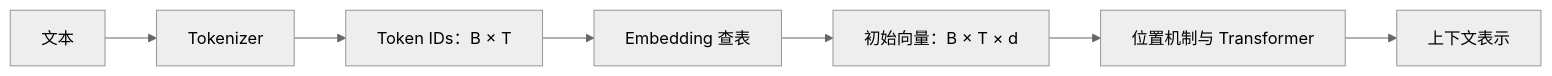
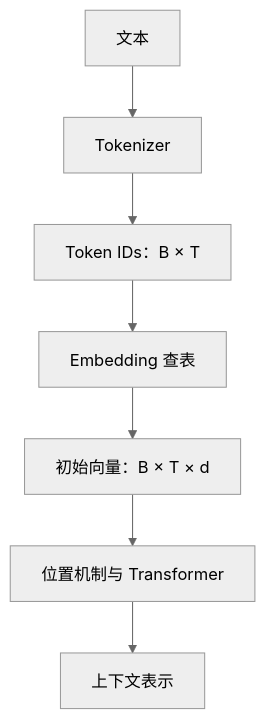
The diagram in docs/03-tokenization-and-embeddings.md (miauyle/ai-systems-architecture-guide), drawn with Mermaid (neutral theme) before and after one commit. The commit also changed other lines of this file and 60 other files, not shown here.

````diff
--- a/docs/03-tokenization-and-embeddings.md
+++ b/docs/03-tokenization-and-embeddings.md
@@ -23,9 +23,9 @@
 ```mermaid
-flowchart LR
+flowchart TB
     A[文本] --> B[Tokenizer]
     B --> C[Token IDs：B × T]
     C --> D[Embedding 查表]
     D --> E[初始向量：B × T × d]
     E --> F[位置机制与 Transformer]
     F --> G[上下文表示]
 ```
````
